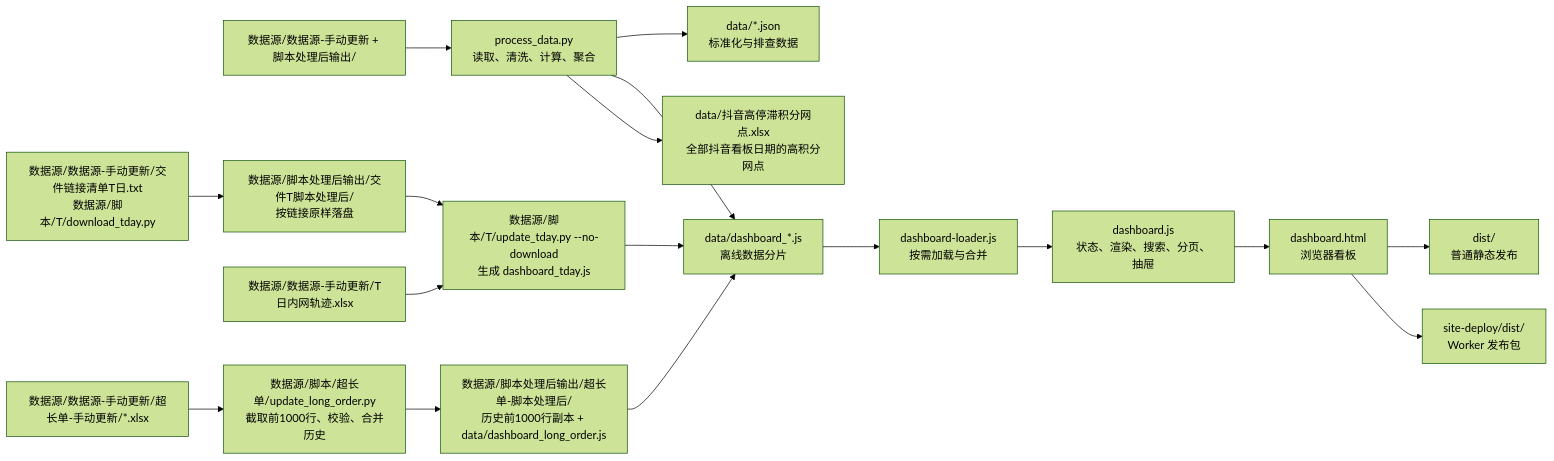
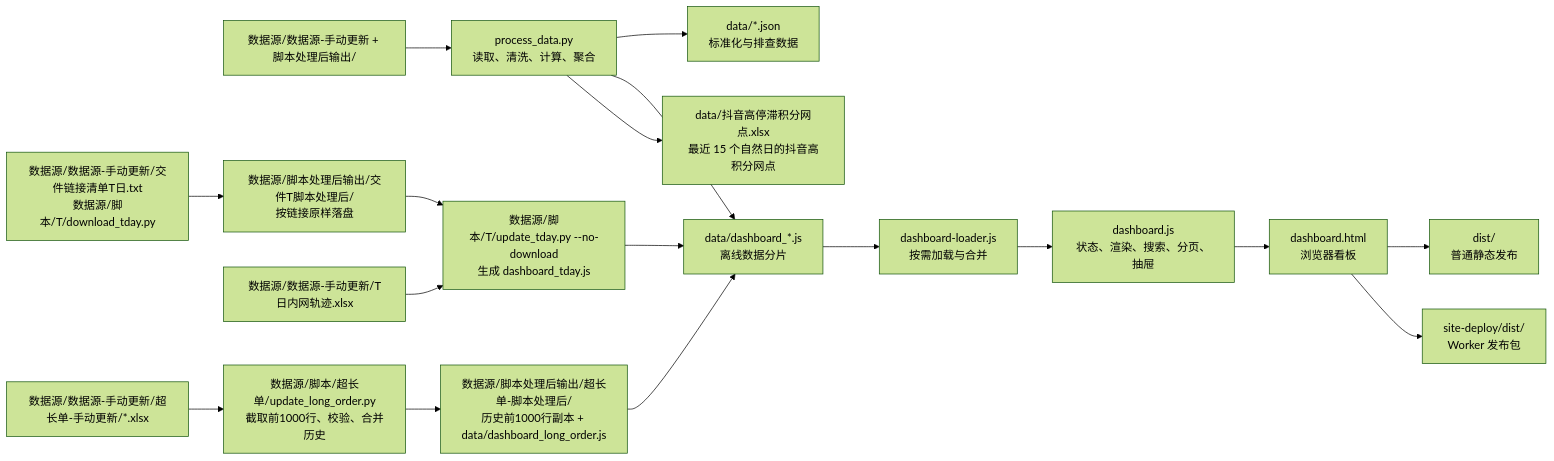
Before and after one commit to vito-xia/jiaojian: the diagram in 项目交接文档.md, drawn with Mermaid (forest theme). The commit also changed other lines of this file and 23 other files, not shown here.

````diff
--- a/项目交接文档.md
+++ b/项目交接文档.md
@@ -64,19 +64,19 @@
 ```mermaid
 flowchart LR
     A["数据源/数据源-手动更新 + 脚本处理后输出/"] --> B["process_data.py<br/>读取、清洗、计算、聚合"]
     T["数据源/数据源-手动更新/交件链接清单T日.txt<br/>数据源/脚本/T/download_tday.py"] --> U["数据源/脚本处理后输出/交件T脚本处理后/<br/>按链接原样落盘"]
     X["数据源/数据源-手动更新/T日内网轨迹.xlsx"] --> V
     U --> V["数据源/脚本/T/update_tday.py --no-download<br/>生成 dashboard_tday.js"]
     B --> C["data/*.json<br/>标准化与排查数据"]
     B --> D["data/dashboard_*.js<br/>离线数据分片"]
-    B --> XL["data/抖音高停滞积分网点.xlsx<br/>全部抖音看板日期的高积分网点"]
+    B --> XL["data/抖音高停滞积分网点.xlsx<br/>最近 15 个自然日的抖音高积分网点"]
     V --> D
     LO["数据源/数据源-手动更新/超长单-手动更新/*.xlsx"] --> LP["数据源/脚本/超长单/update_long_order.py<br/>截取前1000行、校验、合并历史"]
     LP --> LD["数据源/脚本处理后输出/超长单-脚本处理后/<br/>历史前1000行副本 + data/dashboard_long_order.js"]
     LD --> D
     D --> E["dashboard-loader.js<br/>按需加载与合并"]
     E --> F["dashboard.js<br/>状态、渲染、搜索、分页、抽屉"]
     F --> G["dashboard.html<br/>浏览器看板"]
     G --> H["dist/<br/>普通静态发布"]
     G --> I["site-deploy/dist/<br/>Worker 发布包"]
 ```
````
